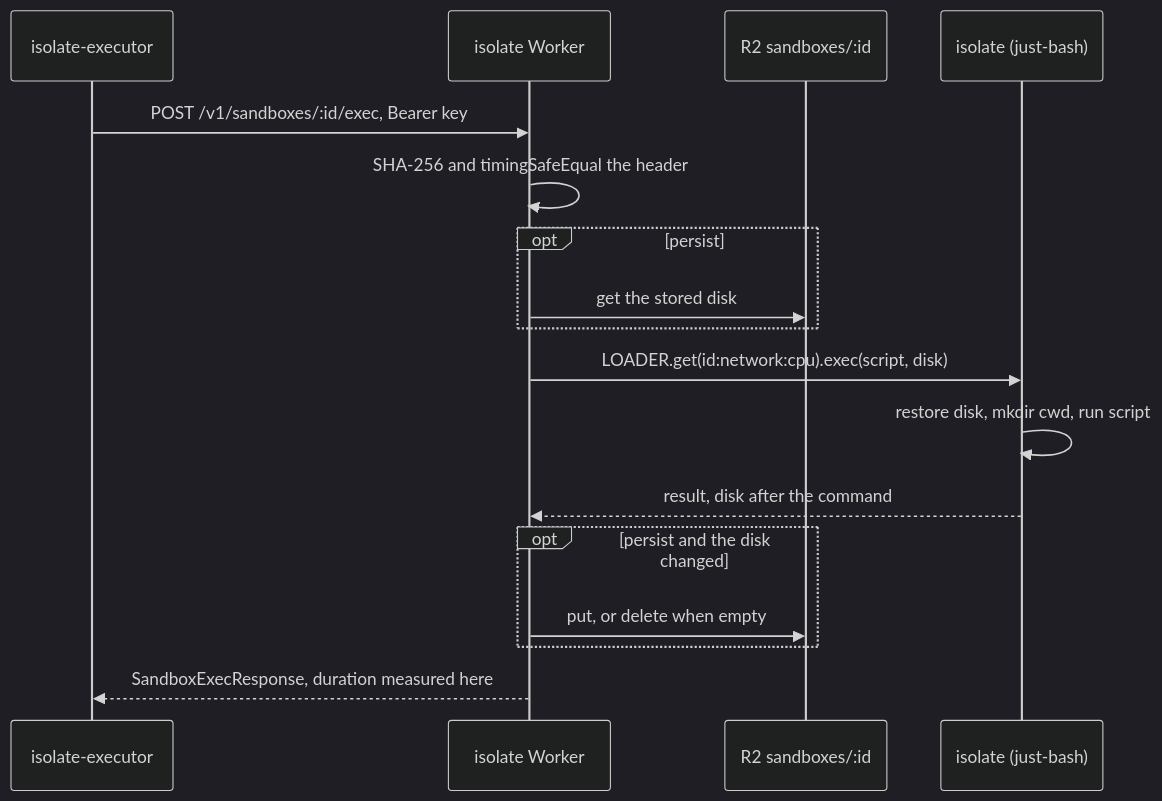
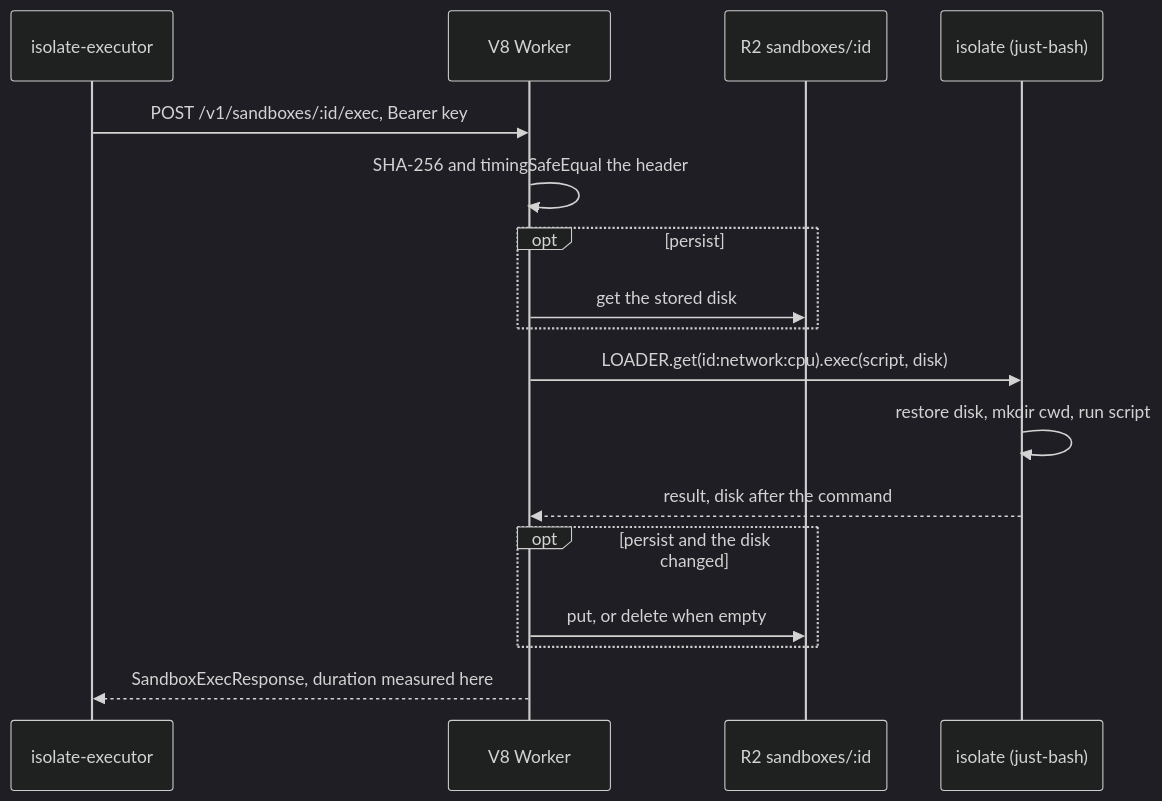
Before and after one commit to beeblastco/broods: diagram 18 of 22 in apps/docs/docs/internals/sandboxes.md, drawn with Mermaid (dark theme). The commit also changed other lines of this file and 19 other files, not shown here.

````diff
--- a/apps/docs/docs/internals/sandboxes.md
+++ b/apps/docs/docs/internals/sandboxes.md
@@ -549,20 +549,20 @@
 ```mermaid
 sequenceDiagram
   participant E as isolate-executor
-  participant W as isolate Worker
+  participant W as V8 Worker
   participant R2 as R2 sandboxes/:id
   participant I as isolate (just-bash)
 
   E->>W: POST /v1/sandboxes/:id/exec, Bearer key
   W->>W: SHA-256 and timingSafeEqual the header
   opt persist
     W->>R2: get the stored disk
   end
   W->>I: LOADER.get(id:network:cpu).exec(script, disk)
   I->>I: restore disk, mkdir cwd, run script
   I-->>W: result, disk after the command
   opt persist and the disk changed
     W->>R2: put, or delete when empty
   end
   W-->>E: SandboxExecResponse, duration measured here
 ```
````
